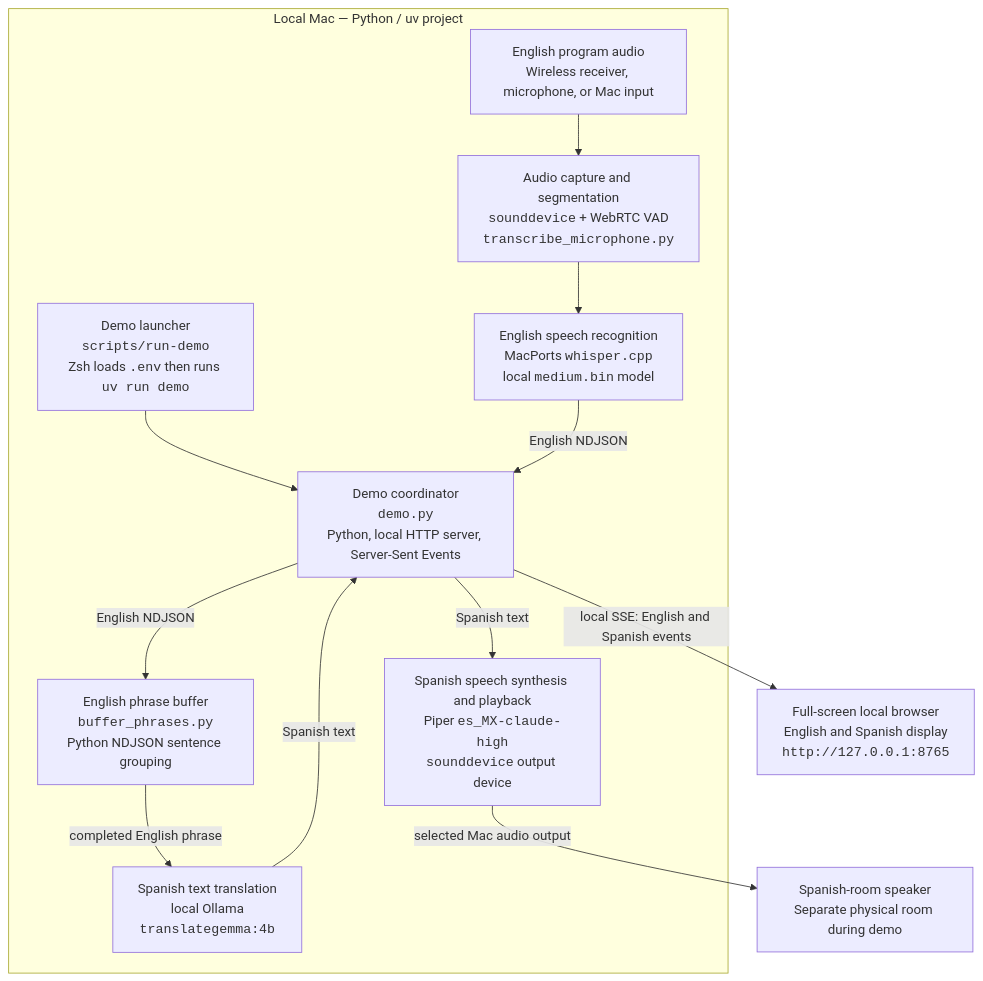
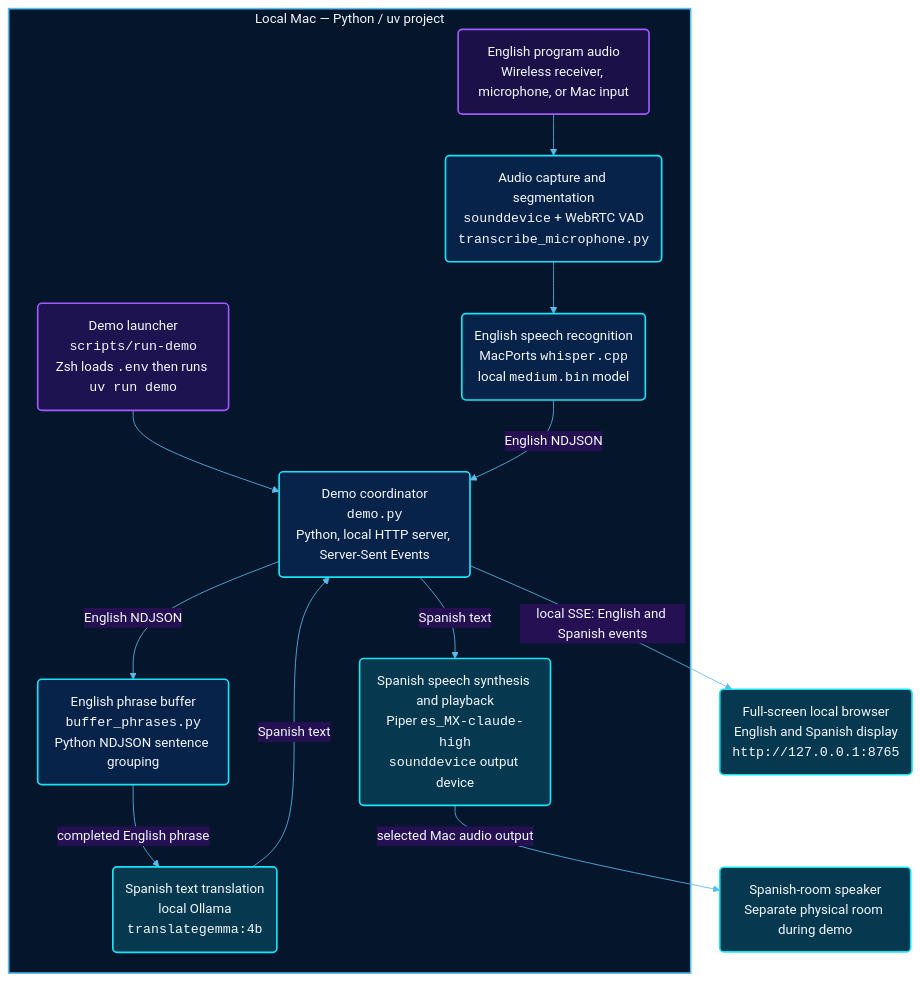
The diagram in README.md (wjferris/translation_pipeline), drawn with Mermaid before and after one commit. The commit also changed other lines of this file and 20 other files, not shown here.

````diff
--- a/README.md
+++ b/README.md
@@ -25,27 +25,38 @@
 ```mermaid
+%%{init: {'theme': 'base', 'themeVariables': {'background': '#030b1d', 'primaryColor': '#08234a', 'primaryTextColor': '#f4f8ff', 'primaryBorderColor': '#17e5f6', 'lineColor': '#5bbbed', 'secondaryColor': '#241052', 'tertiaryColor': '#06384f', 'clusterBkg': '#071a38', 'clusterBorder': '#4d89d1', 'fontFamily': 'system-ui'}}}%%
 flowchart TB
-    Input["English program audio<br/>Wireless receiver, microphone, or Mac input"]
-    Speaker["Spanish-room speaker<br/>Separate physical room during demo"]
-    Browser["Full-screen local browser<br/>English and Spanish display<br/><code>http://127.0.0.1:8765</code>"]
+    Input("English program audio<br/>Wireless receiver, microphone, or Mac input")
+    Speaker("Spanish-room speaker<br/>Separate physical room during demo")
+    Browser("Full-screen local browser<br/>English and Spanish display<br/><code>http://127.0.0.1:8765</code>")
 
     subgraph Mac["Local Mac — Python / uv project"]
-        Launcher["Demo launcher<br/><code>scripts/run-demo</code><br/>Zsh loads <code>.env</code> then runs <code>uv run demo</code>"]
-        Coordinator["Demo coordinator<br/><code>demo.py</code><br/>Python, local HTTP server, Server-Sent Events"]
-        Capture["Audio capture and segmentation<br/><code>sounddevice</code> + WebRTC VAD<br/><code>transcribe_microphone.py</code>"]
-        ASR["English speech recognition<br/>MacPorts <code>whisper.cpp</code><br/>local <code>medium.bin</code> model"]
-        Buffer["English phrase buffer<br/><code>buffer_phrases.py</code><br/>Python NDJSON sentence grouping"]
-        Translation["Spanish text translation<br/>local Ollama<br/><code>translategemma:4b</code>"]
-        TTS["Spanish speech synthesis and playback<br/>Piper <code>es_MX-claude-high</code><br/><code>sounddevice</code> output device"]
+        Launcher("Demo launcher<br/><code>scripts/run-demo</code><br/>Zsh loads <code>.env</code> then runs <code>uv run demo</code>")
+        Coordinator("Demo coordinator<br/><code>demo.py</code><br/>Python, local HTTP server, Server-Sent Events")
+        Capture("Audio capture and segmentation<br/><code>sounddevice</code> + WebRTC VAD<br/><code>transcribe_microphone.py</code>")
+        ASR("English speech recognition<br/>MacPorts <code>whisper.cpp</code><br/>local <code>medium.bin</code> model")
+        Buffer("English phrase buffer<br/><code>buffer_phrases.py</code><br/>Python NDJSON sentence grouping")
+        Translation("Spanish text translation<br/>local Ollama<br/><code>translategemma:4b</code>")
+        TTS("Spanish speech synthesis and playback<br/>Piper <code>es_MX-claude-high</code><br/><code>sounddevice</code> output device")
 
         Launcher --> Coordinator
         Input --> Capture --> ASR
         ASR -->|English NDJSON| Coordinator
         Coordinator -->|English NDJSON| Buffer
         Buffer -->|completed English phrase| Translation
         Translation -->|Spanish text| Coordinator
         Coordinator -->|Spanish text| TTS
     end
 
     Coordinator -->|local SSE: English and Spanish events| Browser
     TTS -->|selected Mac audio output| Speaker
+
+    classDef input fill:#1b1047,stroke:#a258ff,color:#f4f8ff,stroke-width:2px
+    classDef launcher fill:#1d1350,stroke:#a258ff,color:#f4f8ff,stroke-width:2px
+    classDef core fill:#08234a,stroke:#17e5f6,color:#f4f8ff,stroke-width:2px
+    classDef output fill:#06384f,stroke:#17e5f6,color:#f4f8ff,stroke-width:2px
+    class Input input
+    class Launcher launcher
+    class Capture,ASR,Buffer,Coordinator core
+    class Translation,TTS,Browser,Speaker output
+    style Mac fill:#04152c,stroke:#5bbbed,stroke-width:2px,color:#f4f8ff
 ```
````
